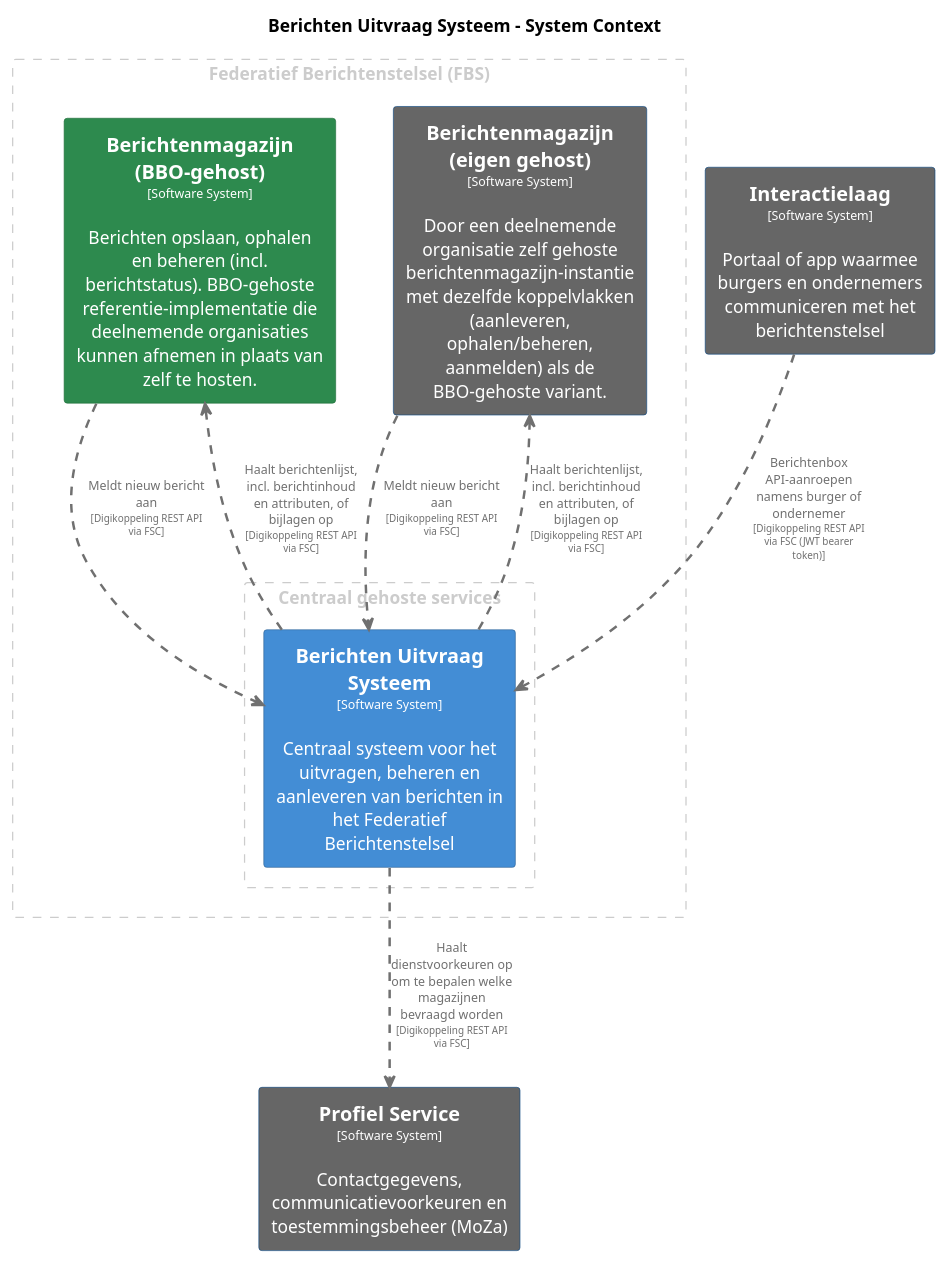
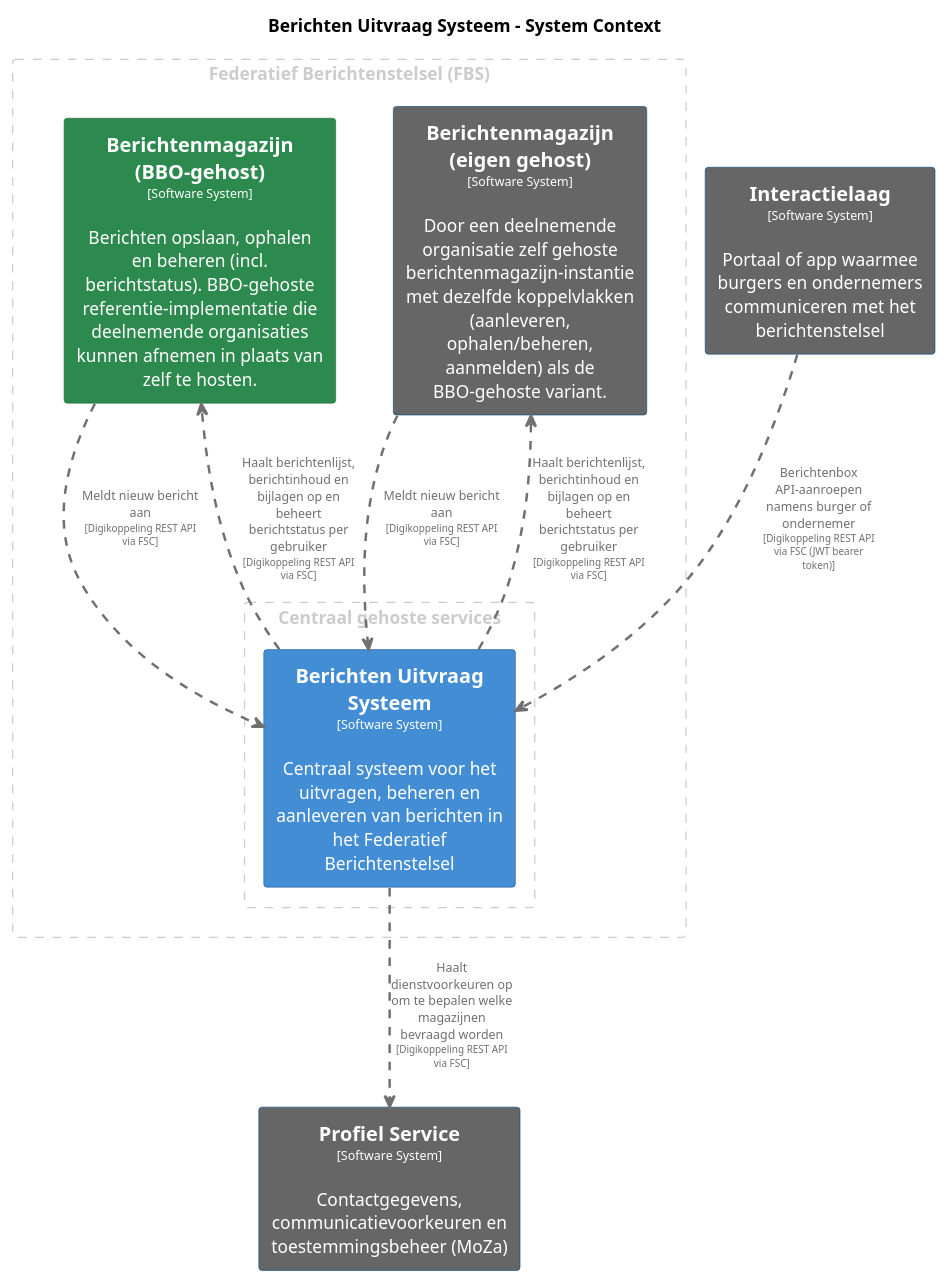
The diagram in master/puml/BerichtenUitvraagSysteem.puml (MinBZK/moza-poc-fbs-berichtenbox), drawn with PlantUML before and after one commit. The commit also changed 21 other files, not shown here.

```diff
--- a/master/puml/BerichtenUitvraagSysteem.puml
+++ b/master/puml/BerichtenUitvraagSysteem.puml
@@ -1,75 +1,75 @@
 @startuml
 set separator none
 title Berichten Uitvraag Systeem - System Context
 
 top to bottom direction
 skinparam ranksep 60
 skinparam nodesep 30
 
 skinparam {
   arrowFontSize 10
   defaultTextAlignment center
   wrapWidth 200
   maxMessageSize 100
 }
 
 hide stereotype
 
 skinparam rectangle<<BerichtenUitvraagSysteem>> {
   BackgroundColor #438dd5
   FontColor #ffffff
   BorderColor #2e6295
   shadowing false
 }
 skinparam rectangle<<BerichtenmagazijnBBOgehost>> {
   BackgroundColor #2d8a4e
   FontColor #ffffff
   BorderColor #1e6b38
   shadowing false
 }
 skinparam rectangle<<Berichtenmagazijneigengehost>> {
   BackgroundColor #666666
   FontColor #ffffff
   BorderColor #0b4884
   shadowing false
 }
 skinparam rectangle<<Interactielaag>> {
   BackgroundColor #666666
   FontColor #ffffff
   BorderColor #0b4884
   shadowing false
 }
 skinparam rectangle<<ProfielService>> {
   BackgroundColor #666666
   FontColor #ffffff
   BorderColor #0b4884
   shadowing false
 }
 
 rectangle "Federatief Berichtenstelsel (FBS)" <<group1>> as group1 {
   skinparam RectangleBorderColor<<group1>> #cccccc
   skinparam RectangleFontColor<<group1>> #cccccc
   skinparam RectangleBorderStyle<<group1>> dashed
 
   rectangle "==Berichtenmagazijn (eigen gehost)\n<size:10>[Software System]</size>\n\nDoor een deelnemende organisatie zelf gehoste berichtenmagazijn-instantie met dezelfde koppelvlakken (aanleveren, ophalen/beheren, aanmelden) als de BBO-gehoste variant." <<Berichtenmagazijneigengehost>> as Berichtenmagazijneigengehost
   rectangle "==Berichtenmagazijn (BBO-gehost)\n<size:10>[Software System]</size>\n\nBerichten opslaan, ophalen en beheren (incl. berichtstatus). BBO-gehoste referentie-implementatie die deelnemende organisaties kunnen afnemen in plaats van zelf te hosten." <<BerichtenmagazijnBBOgehost>> as BerichtenmagazijnBBOgehost
     rectangle "Centraal gehoste services" <<group2>> as group2 {
       skinparam RectangleBorderColor<<group2>> #cccccc
       skinparam RectangleFontColor<<group2>> #cccccc
       skinparam RectangleBorderStyle<<group2>> dashed
 
       rectangle "==Berichten Uitvraag Systeem\n<size:10>[Software System]</size>\n\nCentraal systeem voor het uitvragen, beheren en aanleveren van berichten in het Federatief Berichtenstelsel" <<BerichtenUitvraagSysteem>> as BerichtenUitvraagSysteem
     }
 
 }
 
 rectangle "==Profiel Service\n<size:10>[Software System]</size>\n\nContactgegevens, communicatievoorkeuren en toestemmingsbeheer (MoZa)" <<ProfielService>> as ProfielService
 rectangle "==Interactielaag\n<size:10>[Software System]</size>\n\nPortaal of app waarmee burgers en ondernemers communiceren met het berichtenstelsel" <<Interactielaag>> as Interactielaag
 
 Interactielaag .[#707070,thickness=2].> BerichtenUitvraagSysteem : "<color:#707070>Berichtenbox API-aanroepen namens burger of ondernemer\n<color:#707070><size:8>[Digikoppeling REST API via FSC (JWT bearer token)]</size>"
-BerichtenUitvraagSysteem .[#707070,thickness=2].> BerichtenmagazijnBBOgehost : "<color:#707070>Haalt berichtenlijst, incl. berichtinhoud en attributen, of bijlagen op\n<color:#707070><size:8>[Digikoppeling REST API via FSC]</size>"
+BerichtenUitvraagSysteem .[#707070,thickness=2].> BerichtenmagazijnBBOgehost : "<color:#707070>Haalt berichtenlijst, berichtinhoud en bijlagen op en beheert berichtstatus per gebruiker\n<color:#707070><size:8>[Digikoppeling REST API via FSC]</size>"
+BerichtenUitvraagSysteem .[#707070,thickness=2].> Berichtenmagazijneigengehost : "<color:#707070>Haalt berichtenlijst, berichtinhoud en bijlagen op en beheert berichtstatus per gebruiker\n<color:#707070><size:8>[Digikoppeling REST API via FSC]</size>"
 BerichtenmagazijnBBOgehost .[#707070,thickness=2].> BerichtenUitvraagSysteem : "<color:#707070>Meldt nieuw bericht aan\n<color:#707070><size:8>[Digikoppeling REST API via FSC]</size>"
-BerichtenUitvraagSysteem .[#707070,thickness=2].> Berichtenmagazijneigengehost : "<color:#707070>Haalt berichtenlijst, incl. berichtinhoud en attributen, of bijlagen op\n<color:#707070><size:8>[Digikoppeling REST API via FSC]</size>"
 Berichtenmagazijneigengehost .[#707070,thickness=2].> BerichtenUitvraagSysteem : "<color:#707070>Meldt nieuw bericht aan\n<color:#707070><size:8>[Digikoppeling REST API via FSC]</size>"
 BerichtenUitvraagSysteem .[#707070,thickness=2].> ProfielService : "<color:#707070>Haalt dienstvoorkeuren op om te bepalen welke magazijnen bevraagd worden\n<color:#707070><size:8>[Digikoppeling REST API via FSC]</size>"
 @enduml
```
